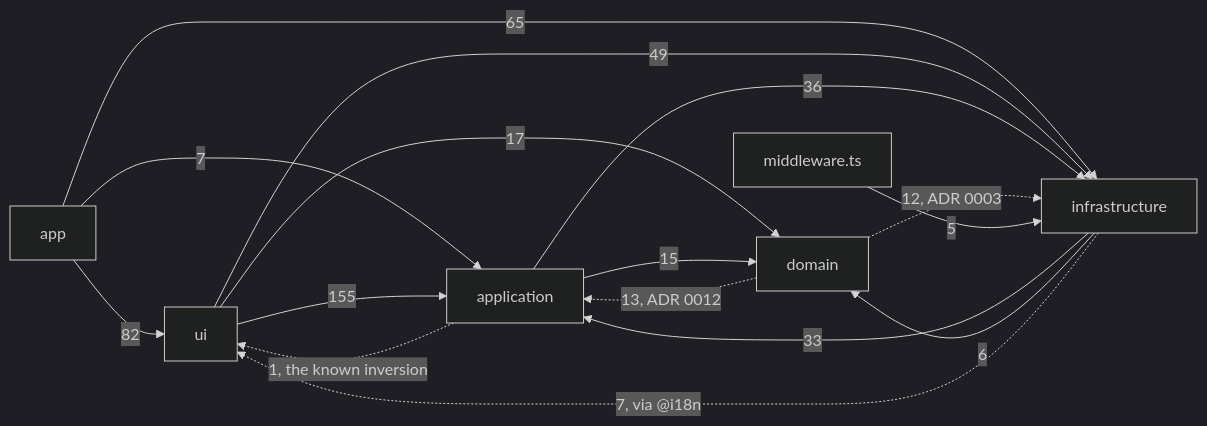
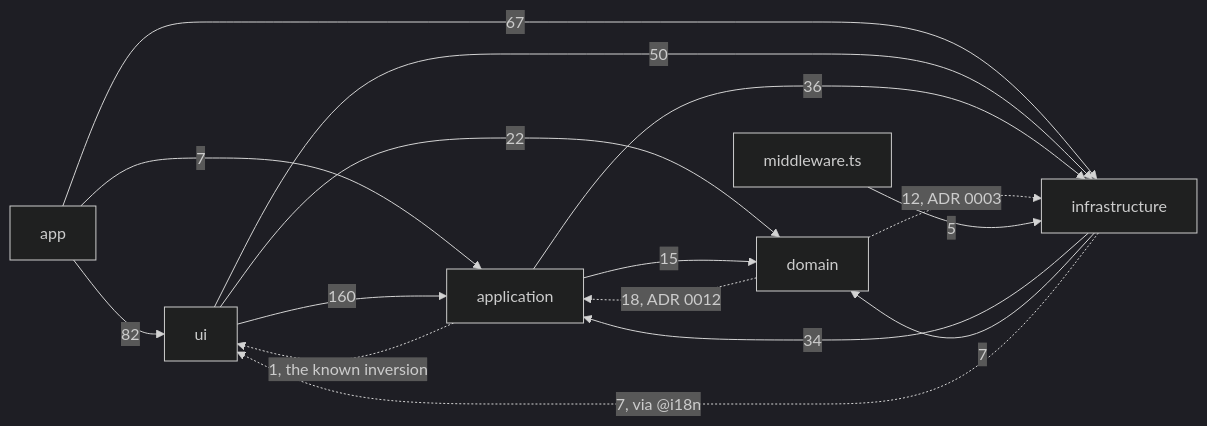
One commit to fbuireu/forever-pto changed the diagram in apps/docs/src/content/docs/architecture/overview.mdx. Above: the diagram before and after it, drawn with Mermaid (dark theme). The commit also changed other lines of this file and 232 other files, not shown here.

````diff
--- a/apps/docs/src/content/docs/architecture/overview.mdx
+++ b/apps/docs/src/content/docs/architecture/overview.mdx
@@ -47,24 +47,24 @@
 ```mermaid
 flowchart LR
   APP[app]
   UI[ui]
   APPL[application]
   DOM[domain]
   INFRA[infrastructure]
   MW[middleware.ts]
   APP -->|82| UI
   APP -->|7| APPL
-  APP -->|65| INFRA
-  UI -->|155| APPL
-  UI -->|17| DOM
-  UI -->|49| INFRA
+  APP -->|67| INFRA
+  UI -->|160| APPL
+  UI -->|22| DOM
+  UI -->|50| INFRA
   APPL -->|15| DOM
   APPL -->|36| INFRA
   APPL -.->|1, the known inversion| UI
-  DOM -.->|13, ADR 0012| APPL
+  DOM -.->|18, ADR 0012| APPL
   DOM -.->|12, ADR 0003| INFRA
-  INFRA -->|33| APPL
-  INFRA -->|6| DOM
+  INFRA -->|34| APPL
+  INFRA -->|7| DOM
   INFRA -.->|7, via @i18n| UI
   MW -->|5| INFRA
 ```
````
